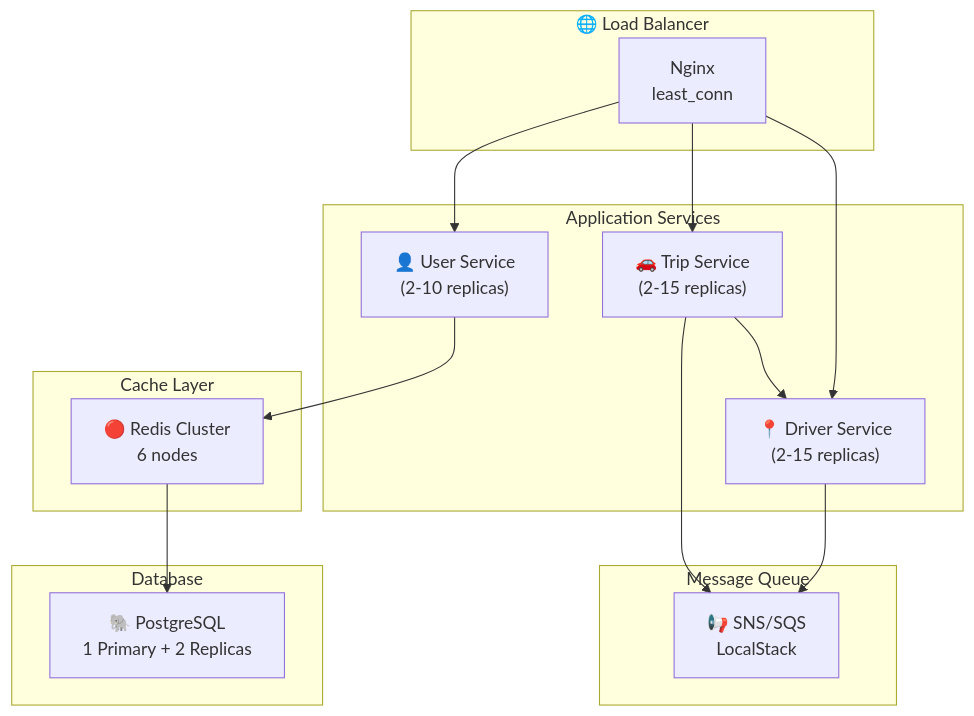
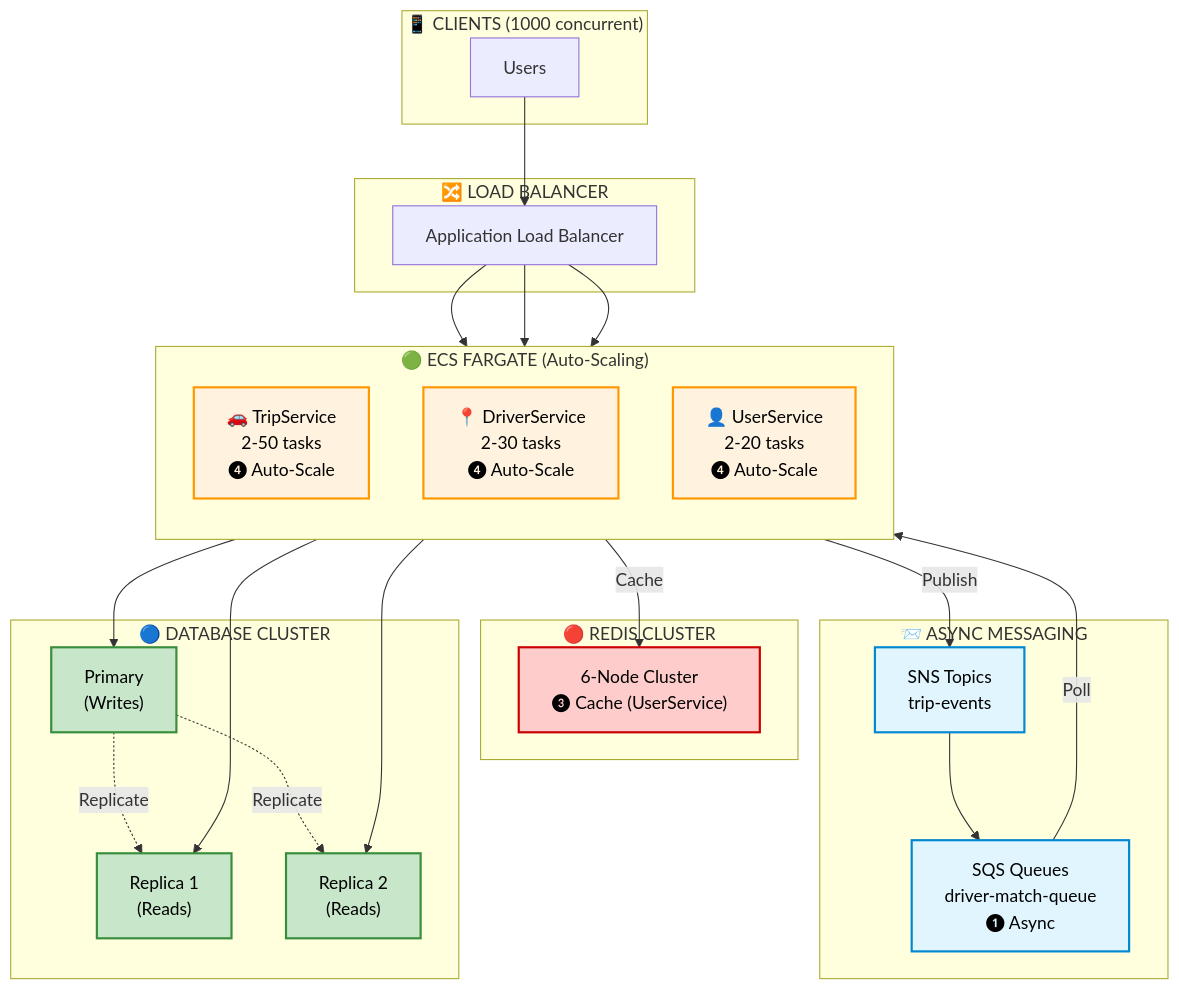
One commit to dieuxuanhien/uit-go-se360 changed the tenth of 10 diagrams in Deliverables/PRESENTATION_SLIDES.md. Above: the diagram before and after it, drawn with Mermaid. The commit also changed other lines of this file and 2 other files, not shown here.

````diff
--- a/Deliverables/PRESENTATION_SLIDES.md
+++ b/Deliverables/PRESENTATION_SLIDES.md
@@ -100,30 +3250,59 @@
 ```mermaid
 flowchart TB
-    subgraph LB["🌐 Load Balancer"]
-        NGINX["Nginx<br/>least_conn"]
+    subgraph Client["📱 CLIENTS (1000 concurrent)"]
+        Users["Users"]
     end
-
-    subgraph Services["Application Services"]
-        US["👤 User Service<br/>(2-10 replicas)"]
-        TS["🚗 Trip Service<br/>(2-15 replicas)"]
-        DS["📍 Driver Service<br/>(2-15 replicas)"]
+    
+    subgraph LB["🔀 LOAD BALANCER"]
+        ALB["Application Load Balancer"]
     end
-
-    subgraph Cache["Cache Layer"]
-        RC["🔴 Redis Cluster<br/>6 nodes"]
+    
+    subgraph ECS["🟢 ECS FARGATE (Auto-Scaling)"]
+        direction TB
+        TS["🚗 TripService<br/>2-50 tasks<br/>❹ Auto-Scale"]
+        DS["📍 DriverService<br/>2-30 tasks<br/>❹ Auto-Scale"]
+        US["👤 UserService<br/>2-20 tasks<br/>❹ Auto-Scale"]
     end
-
-    subgraph MQ["Message Queue"]
-        SNS["📢 SNS/SQS<br/>LocalStack"]
+    
+    subgraph Async["📨 ASYNC MESSAGING"]
+        SNS["SNS Topics<br/>trip-events"]
+        SQS["SQS Queues<br/>driver-match-queue<br/>❶ Async"]
     end
-
-    subgraph DB["Database"]
-        PG["🐘 PostgreSQL<br/>1 Primary + 2 Replicas"]
+    
+    subgraph Cache["🔴 REDIS CLUSTER"]
+        Redis["6-Node Cluster<br/>❸ Cache (UserService)"]
     end
-
-    NGINX --> US & TS & DS
-    US --> RC --> PG
-    TS --> SNS
-    TS --> DS
-    DS --> SNS
+    
+    subgraph DB["🔵 DATABASE CLUSTER"]
+        Primary["Primary<br/>(Writes)"]
+        R1["Replica 1<br/>(Reads)"]
+        R2["Replica 2<br/>(Reads)"]
+    end
+    
+    Users --> ALB
+    ALB --> TS
+    ALB --> DS
+    ALB --> US
+    
+    TS -->|"Publish"| SNS
+    SNS --> SQS
+    SQS -->|"Poll"| DS
+    
+    US -->|"Cache"| Redis
+    
+    TS --> Primary
+    DS --> R1
+    US --> R2
+    Primary -.->|"Replicate"| R1
+    Primary -.->|"Replicate"| R2
+    
+    classDef asyncBox fill:#e1f5fe,stroke:#0288d1,stroke-width:2px,color:#000000
+    classDef cacheBox fill:#ffcccc,stroke:#cc0000,stroke-width:2px,color:#000000
+    classDef dbBox fill:#c8e6c9,stroke:#388e3c,stroke-width:2px,color:#000000
+    classDef scaleBox fill:#fff3e0,stroke:#ff9800,stroke-width:2px,color:#000000
+    
+    class SNS,SQS asyncBox
+    class Redis cacheBox
+    class Primary,R1,R2 dbBox
+    class TS,DS,US scaleBox
 ```
````
